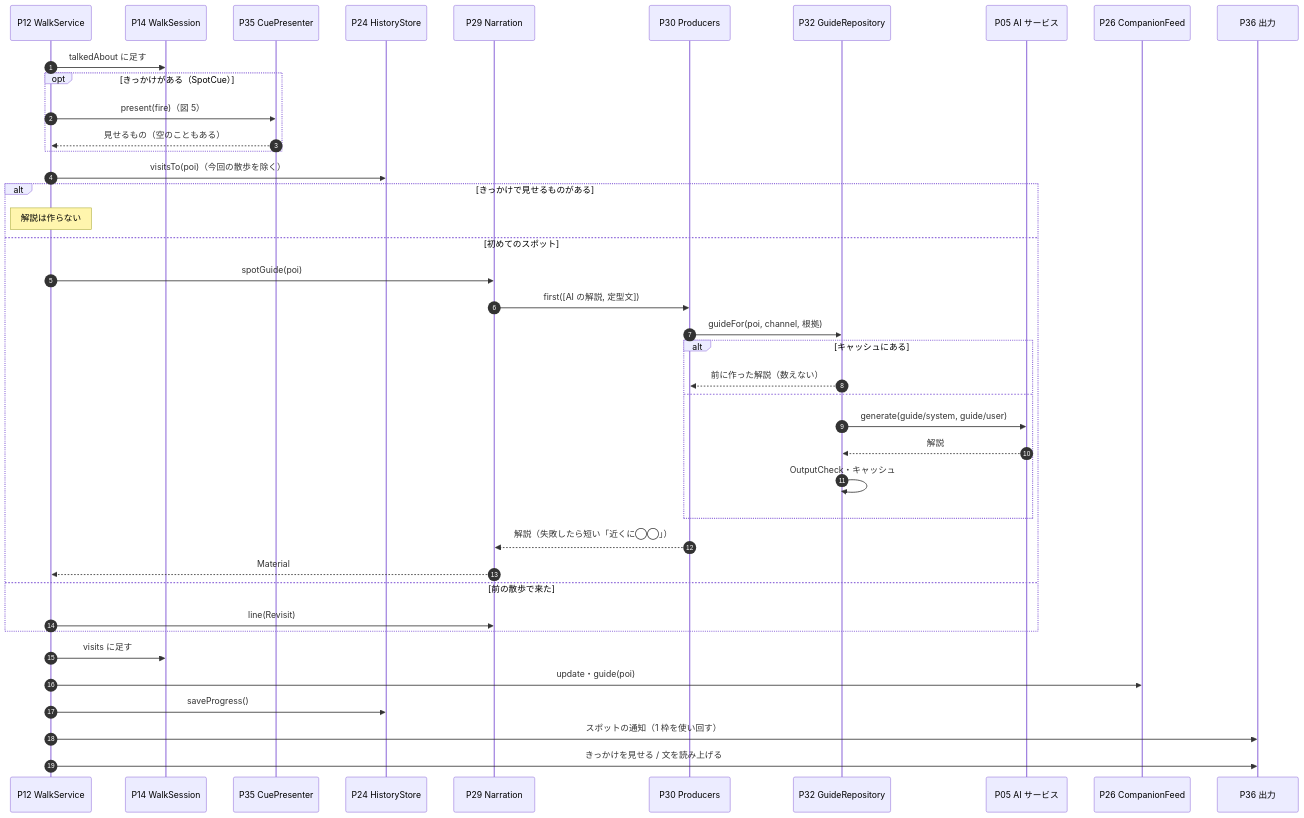
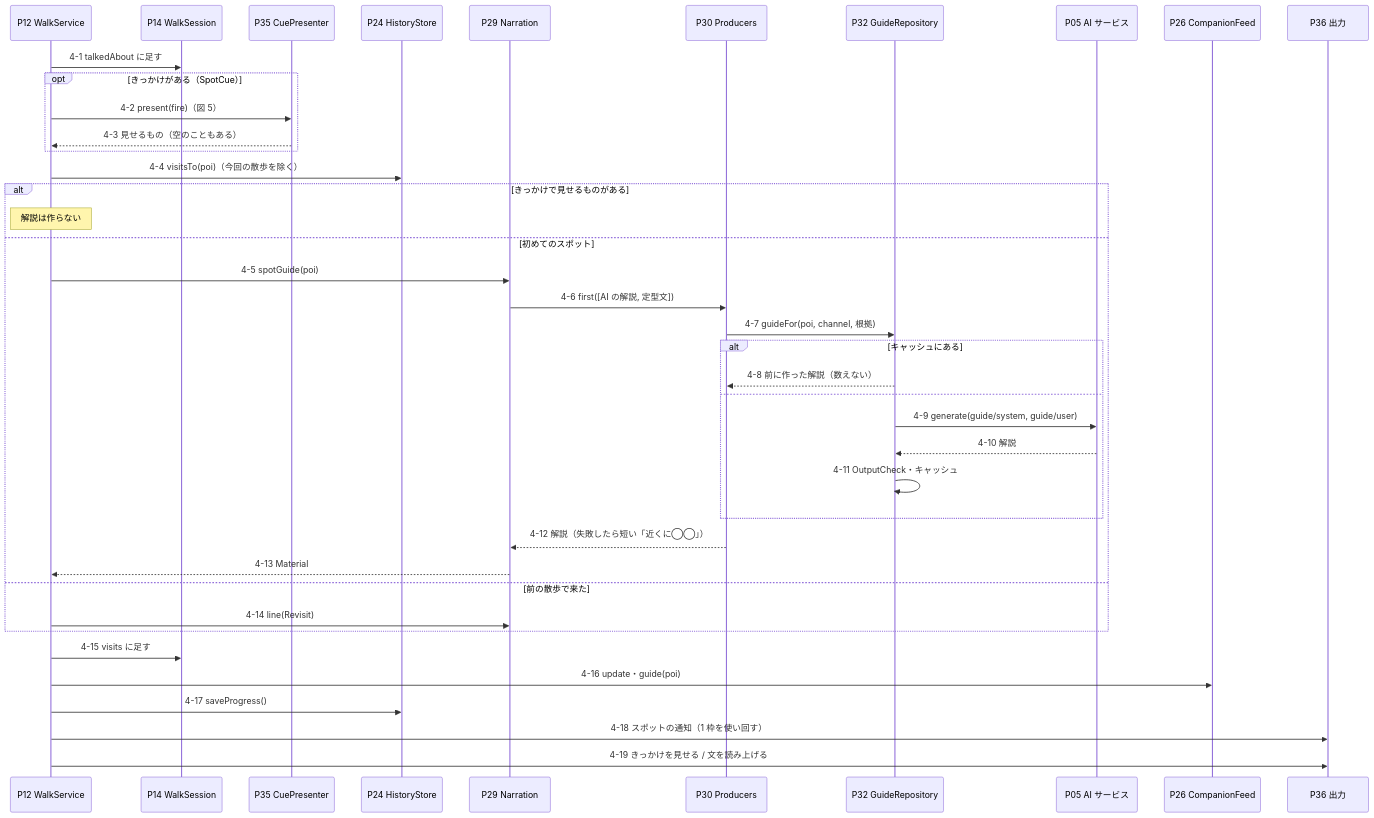
One commit to duwenji/yorisoi-sanpoguide changed the fourth of 9 diagrams in docs/sequences.md. Above: the diagram before and after it, drawn with Mermaid. The commit also changed other lines of this file, not shown here.

First line of the commit message:
docs: write the step numbers into the sequence diagrams

````diff
--- a/docs/sequences.md
+++ b/docs/sequences.md
@@ -270,44 +267,43 @@
 ```mermaid
 sequenceDiagram
-  autonumber
   participant WS as P12 WalkService
   participant Sess as P14 WalkSession
   participant Cue as P35 CuePresenter
   participant Hist as P24 HistoryStore
   participant Nar as P29 Narration
   participant Prod as P30 Producers
   participant GR as P32 GuideRepository
   participant AI as P05 AI サービス
   participant Feed as P26 CompanionFeed
   participant Out as P36 出力
 
-  WS->>Sess: talkedAbout に足す
+  WS->>Sess: 4-1 talkedAbout に足す
   opt きっかけがある（SpotCue）
-    WS->>Cue: present(fire)（図 5）
-    Cue-->>WS: 見せるもの（空のこともある）
+    WS->>Cue: 4-2 present(fire)（図 5）
+    Cue-->>WS: 4-3 見せるもの（空のこともある）
   end
-  WS->>Hist: visitsTo(poi)（今回の散歩を除く）
+  WS->>Hist: 4-4 visitsTo(poi)（今回の散歩を除く）
   alt きっかけで見せるものがある
     Note over WS: 解説は作らない
   else 初めてのスポット
-    WS->>Nar: spotGuide(poi)
-    Nar->>Prod: first([AI の解説, 定型文])
-    Prod->>GR: guideFor(poi, channel, 根拠)
+    WS->>Nar: 4-5 spotGuide(poi)
+    Nar->>Prod: 4-6 first([AI の解説, 定型文])
+    Prod->>GR: 4-7 guideFor(poi, channel, 根拠)
     alt キャッシュにある
-      GR-->>Prod: 前に作った解説（数えない）
+      GR-->>Prod: 4-8 前に作った解説（数えない）
     else
-      GR->>AI: generate(guide/system, guide/user)
-      AI-->>GR: 解説
-      GR->>GR: OutputCheck・キャッシュ
+      GR->>AI: 4-9 generate(guide/system, guide/user)
+      AI-->>GR: 4-10 解説
+      GR->>GR: 4-11 OutputCheck・キャッシュ
     end
-    Prod-->>Nar: 解説（失敗したら短い「近くに◯◯」）
-    Nar-->>WS: Material
+    Prod-->>Nar: 4-12 解説（失敗したら短い「近くに◯◯」）
+    Nar-->>WS: 4-13 Material
   else 前の散歩で来た
-    WS->>Nar: line(Revisit)
+    WS->>Nar: 4-14 line(Revisit)
   end
-  WS->>Sess: visits に足す
-  WS->>Feed: update・guide(poi)
-  WS->>Hist: saveProgress()
-  WS->>Out: スポットの通知（1 枠を使い回す）
-  WS->>Out: きっかけを見せる / 文を読み上げる
+  WS->>Sess: 4-15 visits に足す
+  WS->>Feed: 4-16 update・guide(poi)
+  WS->>Hist: 4-17 saveProgress()
+  WS->>Out: 4-18 スポットの通知（1 枠を使い回す）
+  WS->>Out: 4-19 きっかけを見せる / 文を読み上げる
 ```
````
